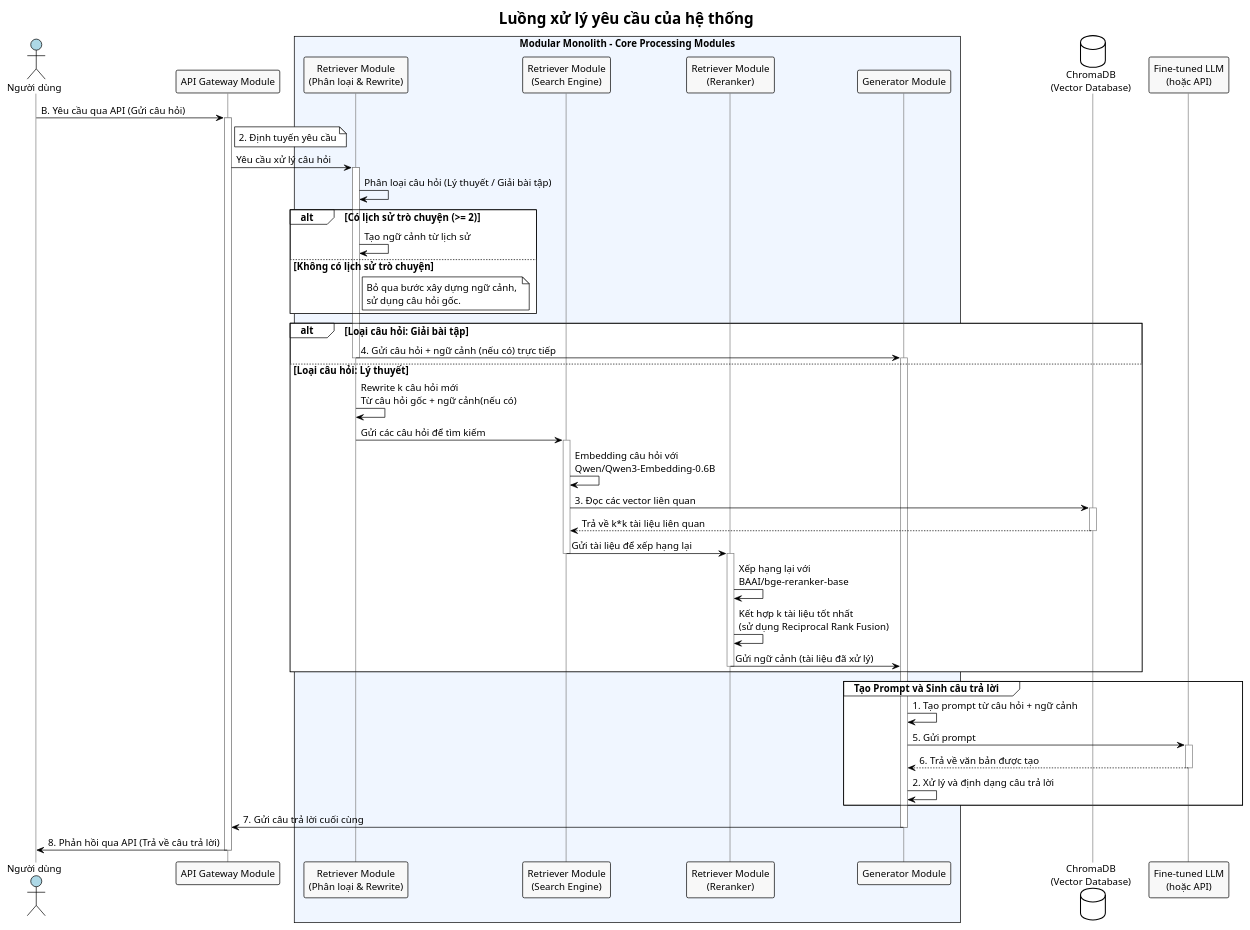
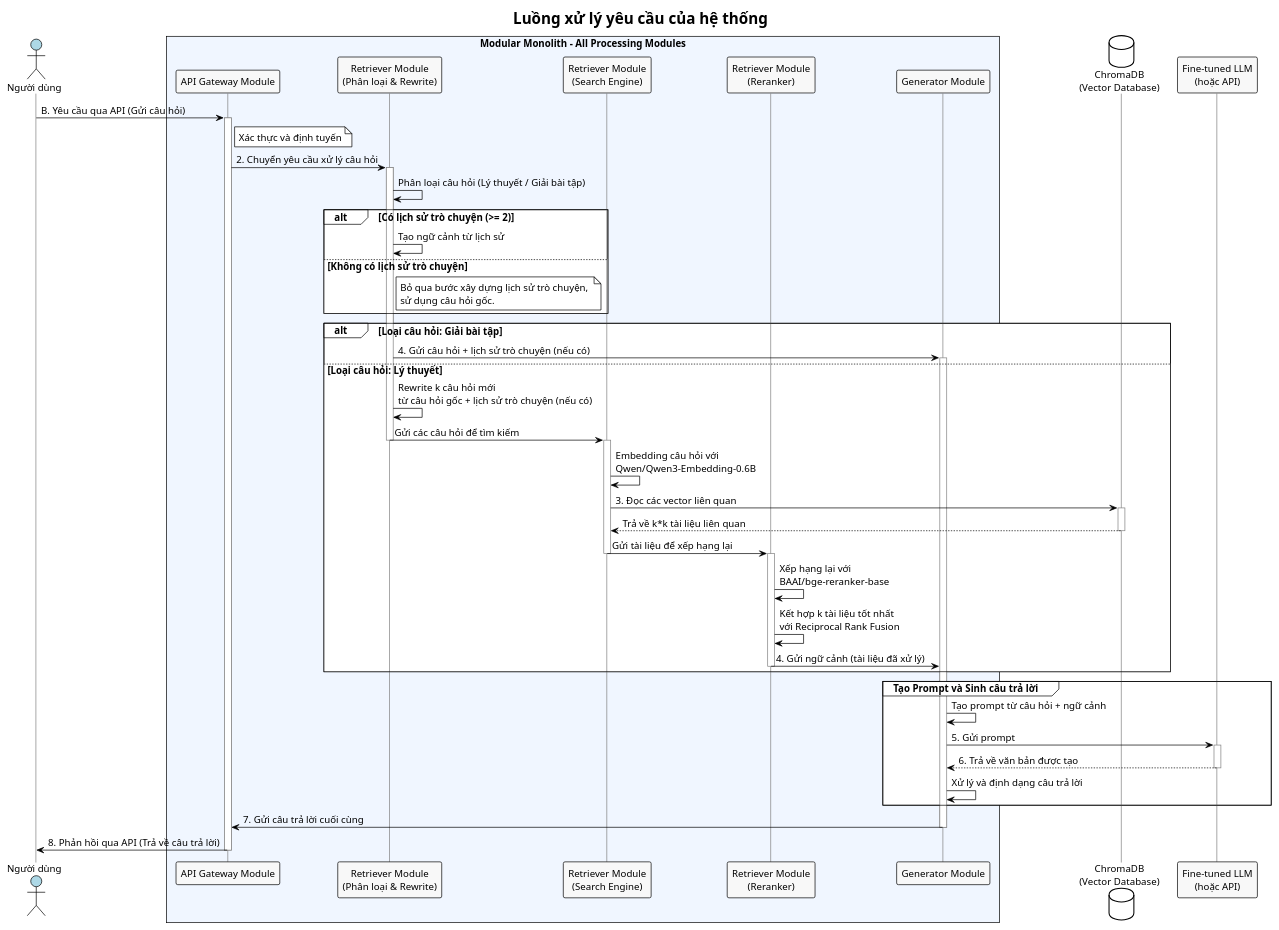
The diagram in diagram/system_workflow.plantuml (hiepnguyen-99/RAG-Solve-Math), drawn with PlantUML before and after one commit.

Commit message:
sửa 2

```diff
--- a/diagram/system_workflow.plantuml
+++ b/diagram/system_workflow.plantuml
@@ -1,89 +1,87 @@
-@startuml Luồng Xử Lý Câu Hỏi - Modular Monolith
+@startuml Luồng Xử Lý Câu Hỏi - Modular Monolith (Corrected)
 !theme plain
 skinparam defaultFontName "Arial"
 skinparam defaultFontSize 14
 skinparam sequenceActorBorderColor black
 skinparam sequenceParticipantBorderColor black
 skinparam sequenceArrowColor black
 skinparam sequenceLifeLineBorderColor gray
 skinparam actorBackgroundColor #ADD8E6
 skinparam participantBackgroundColor #F8F8F8
 
 title Luồng xử lý yêu cầu của hệ thống
 
 actor "Người dùng" as User
-participant "API Gateway Module" as APIGateway
-box "Modular Monolith - Core Processing Modules" #F0F6FF
+box "Modular Monolith - All Processing Modules" #F0F6FF
+    participant "API Gateway Module" as APIGateway
     participant "Retriever Module\n(Phân loại & Rewrite)" as RetrieverModule
     participant "Retriever Module\n(Search Engine)" as SearchEngine  
     participant "Retriever Module\n(Reranker)" as Reranker
     participant "Generator Module" as GeneratorModule
 end box
 database "ChromaDB\n(Vector Database)" as ChromaDB
 participant "Fine-tuned LLM\n(hoặc API)" as LLM
 
-
 User -> APIGateway : B. Yêu cầu qua API (Gửi câu hỏi)
 activate APIGateway
-note right of APIGateway : 2. Định tuyến yêu cầu
+note right of APIGateway : Xác thực và định tuyến
 
-APIGateway -> RetrieverModule : Yêu cầu xử lý câu hỏi
+APIGateway -> RetrieverModule : 2. Chuyển yêu cầu xử lý câu hỏi
 activate RetrieverModule
 
 RetrieverModule -> RetrieverModule : Phân loại câu hỏi (Lý thuyết / Giải bài tập)
 
 ' Xây dựng ngữ cảnh từ lịch sử cho cả hai loại
 alt Có lịch sử trò chuyện (>= 2)
     RetrieverModule -> RetrieverModule : Tạo ngữ cảnh từ lịch sử
 else Không có lịch sử trò chuyện
-    note right of RetrieverModule : Bỏ qua bước xây dựng ngữ cảnh, \nsử dụng câu hỏi gốc.
+    note right of RetrieverModule : Bỏ qua bước xây dựng lịch sử trò chuyện, \nsử dụng câu hỏi gốc.
 end
 
 alt Loại câu hỏi: Giải bài tập
-    RetrieverModule -> GeneratorModule : 4. Gửi câu hỏi + ngữ cảnh (nếu có) trực tiếp
-    deactivate RetrieverModule
+    RetrieverModule -> GeneratorModule : 4. Gửi câu hỏi + lịch sử trò chuyện (nếu có)
     activate GeneratorModule
 
 else Loại câu hỏi: Lý thuyết
-    RetrieverModule -> RetrieverModule : Rewrite k câu hỏi mới \nTừ câu hỏi gốc + ngữ cảnh(nếu có)
+    RetrieverModule -> RetrieverModule : Rewrite k câu hỏi mới \ntừ câu hỏi gốc + lịch sử trò chuyện (nếu có)
 
     RetrieverModule -> SearchEngine : Gửi các câu hỏi để tìm kiếm
     deactivate RetrieverModule
     activate SearchEngine
 
     SearchEngine -> SearchEngine : Embedding câu hỏi với\nQwen/Qwen3-Embedding-0.6B
     
     SearchEngine -> ChromaDB : 3. Đọc các vector liên quan
     activate ChromaDB
     ChromaDB --> SearchEngine : Trả về k*k tài liệu liên quan  
     deactivate ChromaDB
 
     SearchEngine -> Reranker : Gửi tài liệu để xếp hạng lại
     deactivate SearchEngine
     activate Reranker
 
     Reranker -> Reranker : Xếp hạng lại với\nBAAI/bge-reranker-base
-    Reranker -> Reranker : Kết hợp k tài liệu tốt nhất\n(sử dụng Reciprocal Rank Fusion)
+    Reranker -> Reranker : Kết hợp k tài liệu tốt nhất\nvới Reciprocal Rank Fusion
 
-    Reranker -> GeneratorModule : Gửi ngữ cảnh (tài liệu đã xử lý)
+    Reranker -> GeneratorModule : 4. Gửi ngữ cảnh (tài liệu đã xử lý)
     deactivate Reranker
 end
 
 group Tạo Prompt và Sinh câu trả lời
-    GeneratorModule -> GeneratorModule : 1. Tạo prompt từ câu hỏi + ngữ cảnh
+    GeneratorModule -> GeneratorModule : Tạo prompt từ câu hỏi + ngữ cảnh
     
     GeneratorModule -> LLM : 5. Gửi prompt
     activate LLM
     LLM --> GeneratorModule : 6. Trả về văn bản được tạo
     deactivate LLM
     
-    GeneratorModule -> GeneratorModule : 2. Xử lý và định dạng câu trả lời
+    GeneratorModule -> GeneratorModule : Xử lý và định dạng câu trả lời
 end
 
 GeneratorModule -> APIGateway : 7. Gửi câu trả lời cuối cùng
 deactivate GeneratorModule
 
 APIGateway -> User : 8. Phản hồi qua API (Trả về câu trả lời)
 deactivate APIGateway
 
 @enduml
```
